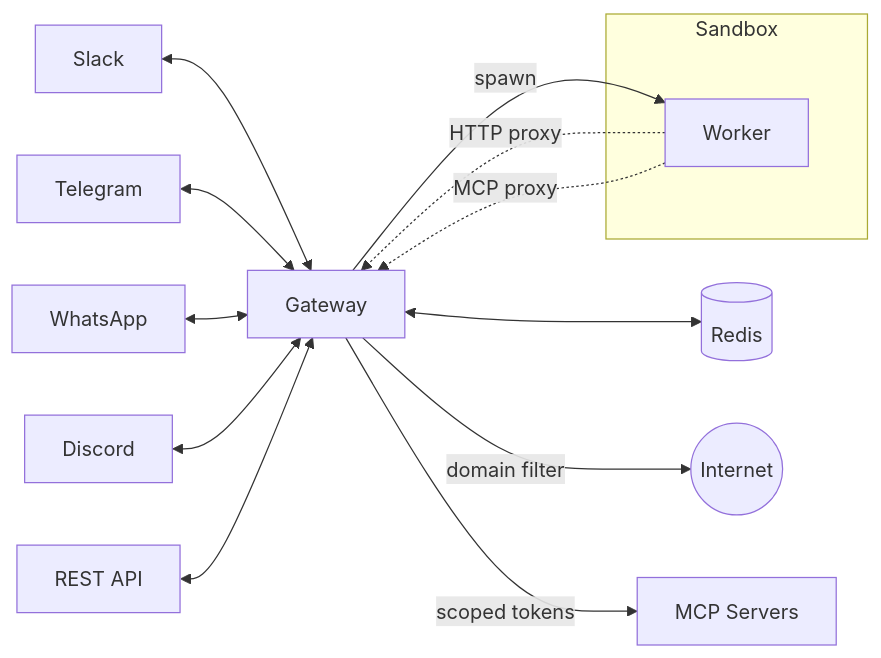
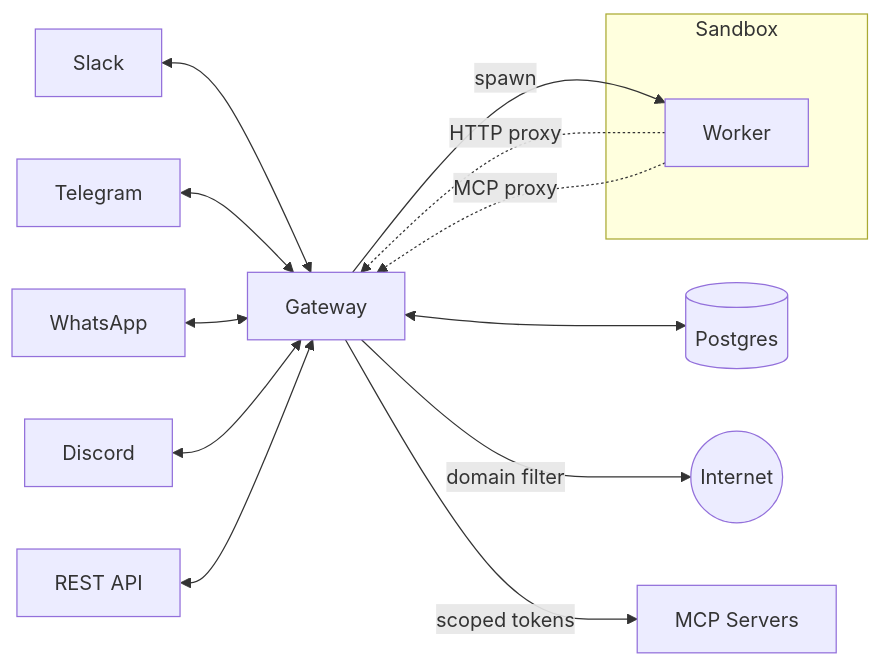
One commit to tokenaissance/lobu changed the diagram in README.md. Above: the diagram before and after it, drawn with Mermaid. The commit also changed other lines of this file and 379 other files, not shown here.

First line of the commit message:
refactor: replace Redis with Postgres for runtime state (#452)

````diff
--- a/README.md
+++ b/README.md
@@ -57,20 +57,20 @@
 ```mermaid
 flowchart LR
   Slack[Slack] <--> GW[Gateway]
   Telegram[Telegram] <--> GW
   WhatsApp[WhatsApp] <--> GW
   Discord[Discord] <--> GW
   API[REST API] <--> GW
 
-  GW <--> Redis[(Redis)]
+  GW <--> PG[(Postgres)]
   GW -->|spawn| W[Worker]
 
   subgraph Sandbox
     W
   end
 
   W -.->|HTTP proxy| GW
   W -.->|MCP proxy| GW
   GW -->|domain filter| Internet((Internet))
   GW -->|scoped tokens| MCP[MCP Servers]
 ```
````
